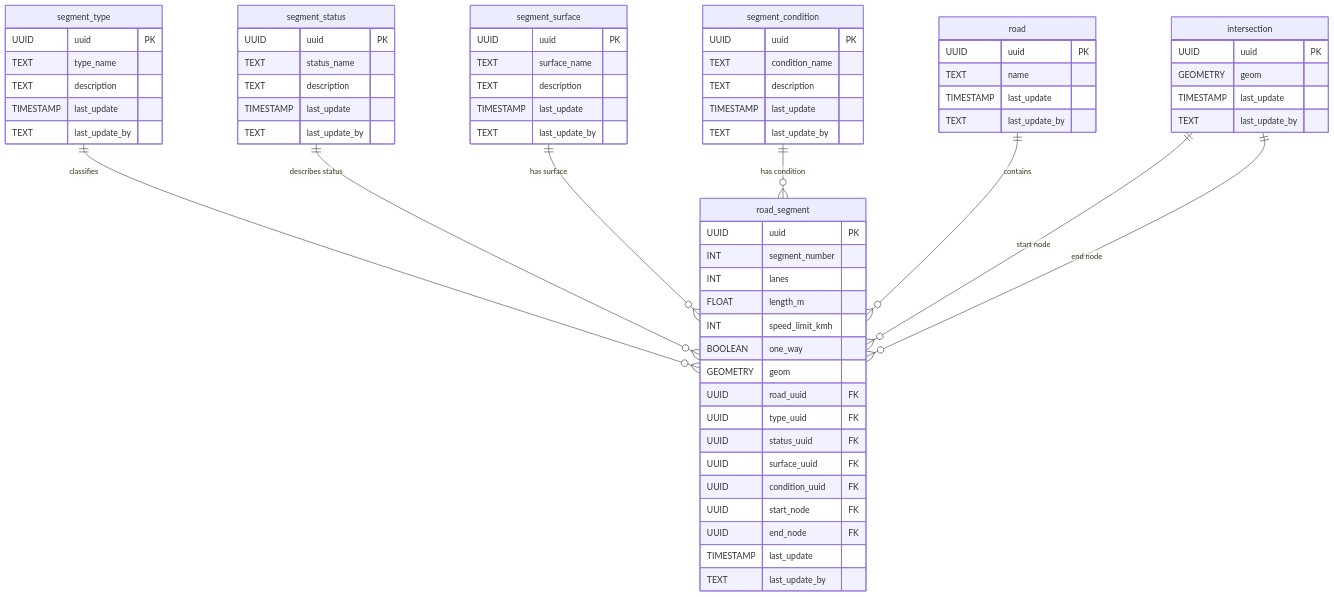
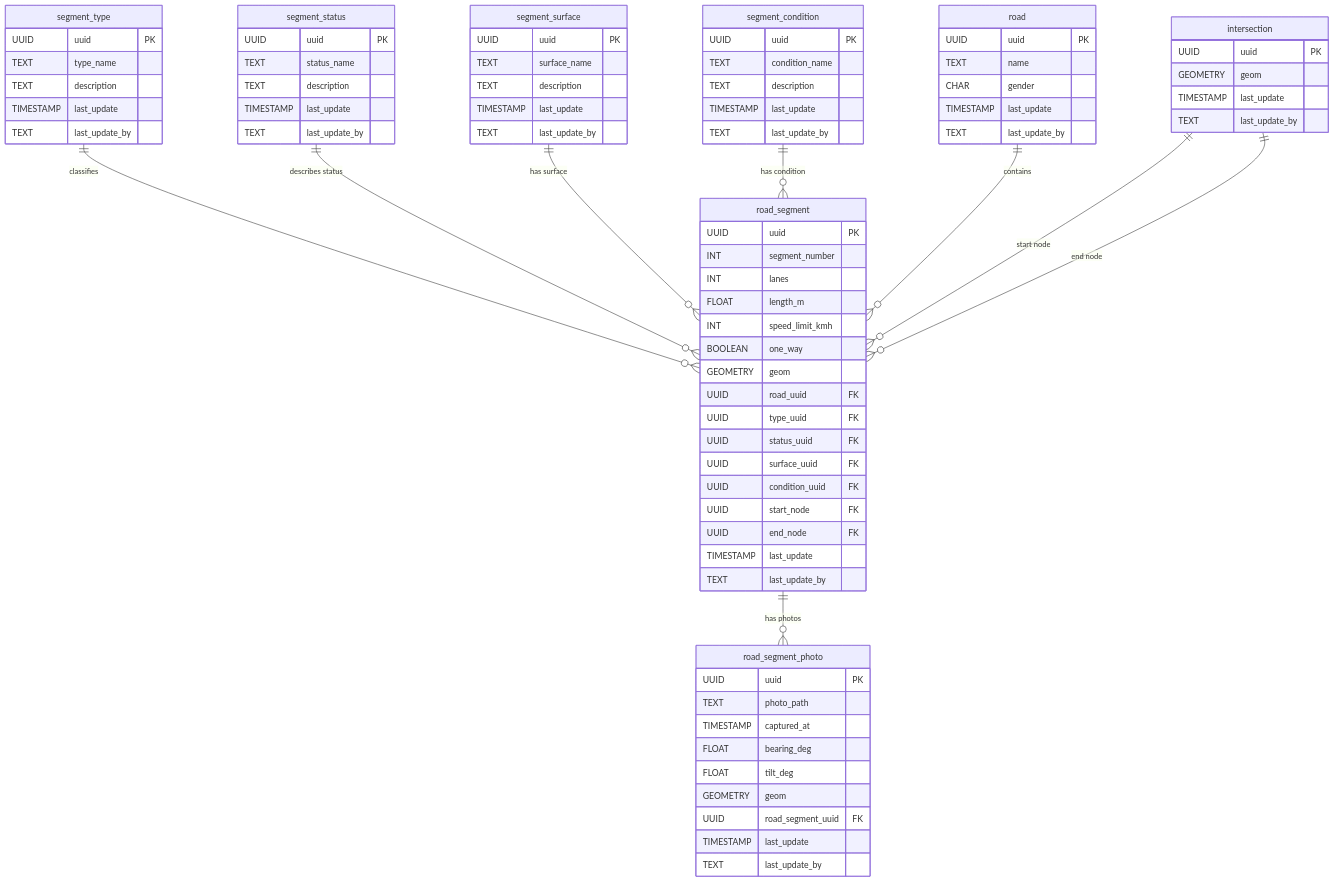
Before and after one commit to kartoza/InfrastructureMapper: the diagram in docs/data-model/13-roads.md, drawn with Mermaid. The commit also changed other lines of this file and 5 other files, not shown here.

````diff
--- a/docs/data-model/13-roads.md
+++ b/docs/data-model/13-roads.md
@@ -53,6 +54,7 @@
   road {
     UUID uuid PK
     TEXT name
+    CHAR gender
     TIMESTAMP last_update
     TEXT last_update_by
   }
@@ -83,6 +85,18 @@
     TEXT last_update_by
   }
 
+  road_segment_photo {
+    UUID uuid PK
+    TEXT photo_path
+    TIMESTAMP captured_at
+    FLOAT bearing_deg
+    FLOAT tilt_deg
+    GEOMETRY geom
+    UUID road_segment_uuid FK
+    TIMESTAMP last_update
+    TEXT last_update_by
+  }
+
   segment_type ||--o{ road_segment : "classifies"
   segment_status ||--o{ road_segment : "describes status"
   segment_surface ||--o{ road_segment : "has surface"
@@ -90,4 +104,5 @@
   road ||--o{ road_segment : "contains"
   intersection ||--o{ road_segment : "start node"
   intersection ||--o{ road_segment : "end node"
+  road_segment ||--o{ road_segment_photo : "has photos"
 ```
````
